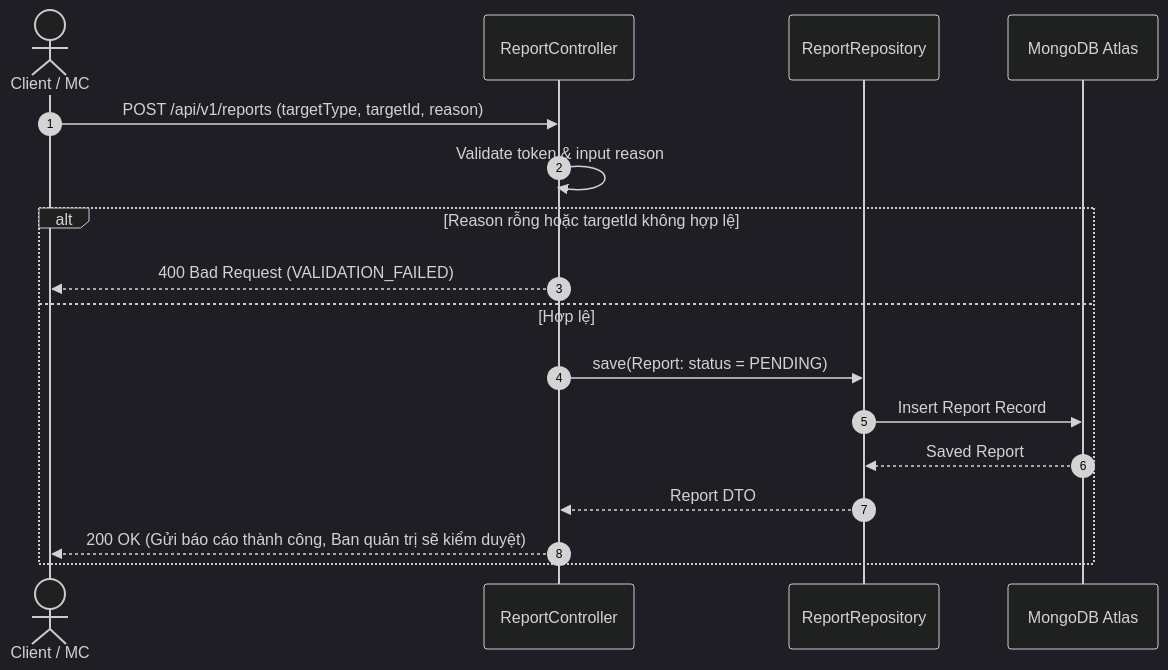
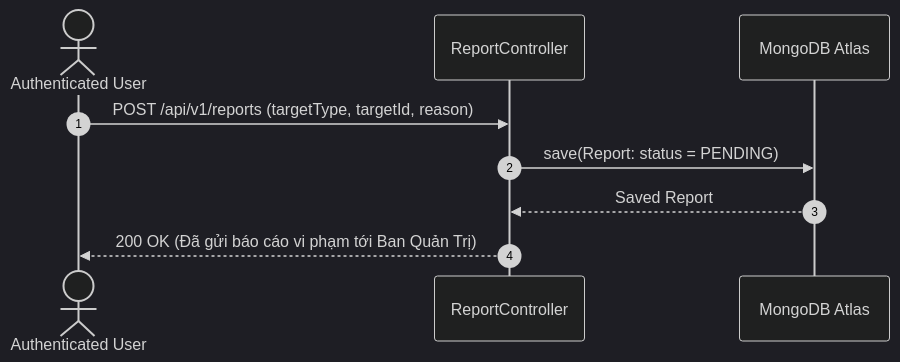
Before and after one commit to The-MC-Hub/MC_Voice_Training_Backend: the sixth of 8 diagrams in docs/use-cases/UC-08-support-public.md, drawn with Mermaid (dark theme). The commit also changed other lines of this file and 12 other files, not shown here.

Commit message:
docs(use-cases): fully expand all sub-use-cases across all 13 UC files with dedicated Class Diagrams, Sequence Diagrams, and Unit Tests

````diff
--- a/docs/use-cases/UC-08-support-public.md
+++ b/docs/use-cases/UC-08-support-public.md
@@ -63,21 +118,12 @@
 ```mermaid
 sequenceDiagram
     autonumber
-    actor User as Client / MC
+    actor User as Authenticated User
     participant Controller as ReportController
-    participant Repo as ReportRepository
     participant DB as MongoDB Atlas
 
     User->>Controller: POST /api/v1/reports (targetType, targetId, reason)
-    Controller->>Controller: Validate token & input reason
-    
-    alt Reason rỗng hoặc targetId không hợp lệ
-        Controller-->>User: 400 Bad Request (VALIDATION_FAILED)
-    else Hợp lệ
-        Controller->>Repo: save(Report: status = PENDING)
-        Repo->>DB: Insert Report Record
-        DB-->>Repo: Saved Report
-        Repo-->>Controller: Report DTO
-        Controller-->>User: 200 OK (Gửi báo cáo thành công, Ban quản trị sẽ kiểm duyệt)
-    end
+    Controller->>DB: save(Report: status = PENDING)
+    DB-->>Controller: Saved Report
+    Controller-->>User: 200 OK (Đã gửi báo cáo vi phạm tới Ban Quản Trị)
 ```
````
